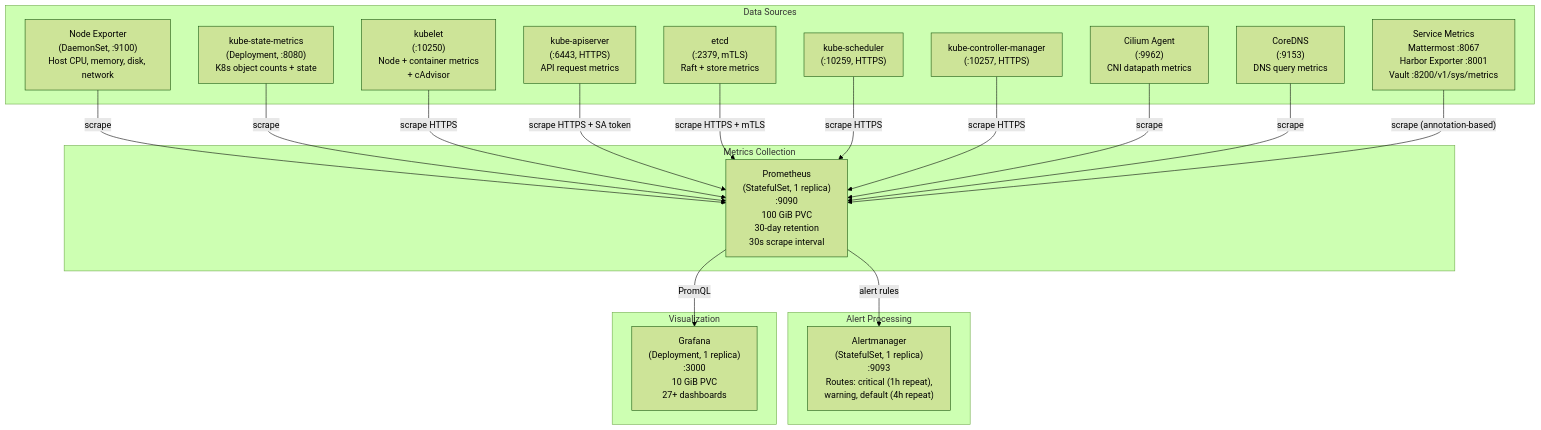
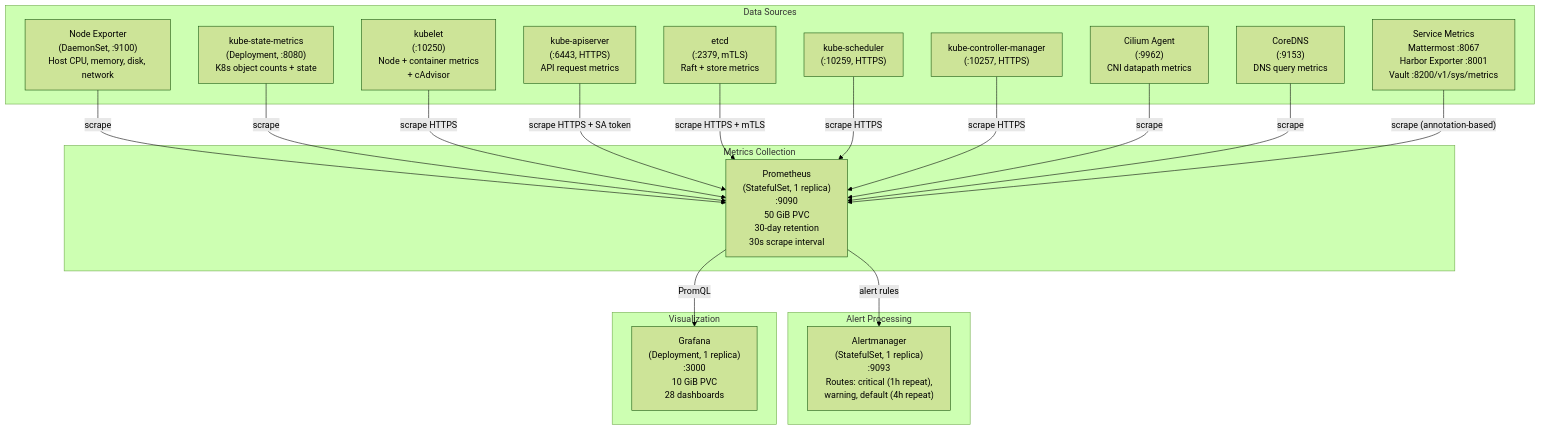
Diagram 19 of 26 in docs/engineering/system-architecture.md (derhornspieler/harvester-rke2-platform), drawn with Mermaid (forest theme) before and after one commit. The commit also changed other lines of this file and 40 other files, not shown here.

````diff
--- a/docs/engineering/system-architecture.md
+++ b/docs/engineering/system-architecture.md
@@ -942,41 +946,41 @@
 ```mermaid
 graph TD
     subgraph DataSources["Data Sources"]
         NE["Node Exporter<br/>(DaemonSet, :9100)<br/>Host CPU, memory, disk, network"]
         KSM["kube-state-metrics<br/>(Deployment, :8080)<br/>K8s object counts + state"]
         Kubelet["kubelet<br/>(:10250)<br/>Node + container metrics<br/>+ cAdvisor"]
         API["kube-apiserver<br/>(:6443, HTTPS)<br/>API request metrics"]
         ETCD["etcd<br/>(:2379, mTLS)<br/>Raft + store metrics"]
         Sched["kube-scheduler<br/>(:10259, HTTPS)"]
         KCM["kube-controller-manager<br/>(:10257, HTTPS)"]
         CiliumAg["Cilium Agent<br/>(:9962)<br/>CNI datapath metrics"]
         CoreDNS_m["CoreDNS<br/>(:9153)<br/>DNS query metrics"]
         SvcMetrics["Service Metrics<br/>Mattermost :8067<br/>Harbor Exporter :8001<br/>Vault :8200/v1/sys/metrics"]
     end
 
     subgraph Collection["Metrics Collection"]
-        Prom["Prometheus<br/>(StatefulSet, 1 replica)<br/>:9090<br/>100 GiB PVC<br/>30-day retention<br/>30s scrape interval"]
+        Prom["Prometheus<br/>(StatefulSet, 1 replica)<br/>:9090<br/>50 GiB PVC<br/>30-day retention<br/>30s scrape interval"]
     end
 
     subgraph Alerting["Alert Processing"]
         AM["Alertmanager<br/>(StatefulSet, 1 replica)<br/>:9093<br/>Routes: critical (1h repeat),<br/>warning, default (4h repeat)"]
     end
 
     subgraph Visualization["Visualization"]
-        Grafana["Grafana<br/>(Deployment, 1 replica)<br/>:3000<br/>10 GiB PVC<br/>27+ dashboards"]
+        Grafana["Grafana<br/>(Deployment, 1 replica)<br/>:3000<br/>10 GiB PVC<br/>28 dashboards"]
     end
 
     NE -->|"scrape"| Prom
     KSM -->|"scrape"| Prom
     Kubelet -->|"scrape HTTPS"| Prom
     API -->|"scrape HTTPS + SA token"| Prom
     ETCD -->|"scrape HTTPS + mTLS"| Prom
     Sched -->|"scrape HTTPS"| Prom
     KCM -->|"scrape HTTPS"| Prom
     CiliumAg -->|"scrape"| Prom
     CoreDNS_m -->|"scrape"| Prom
     SvcMetrics -->|"scrape (annotation-based)"| Prom
 
     Prom -->|"PromQL"| Grafana
     Prom -->|"alert rules"| AM
 ```
````
